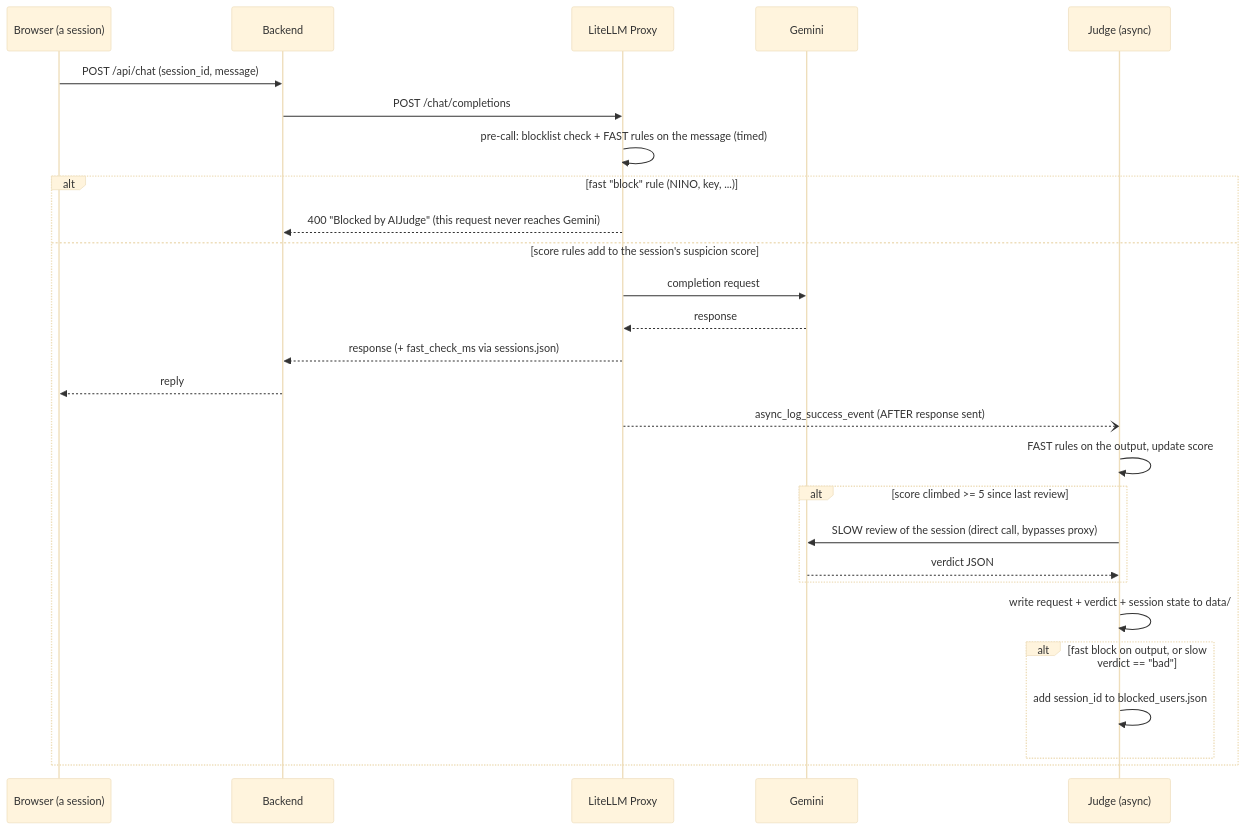
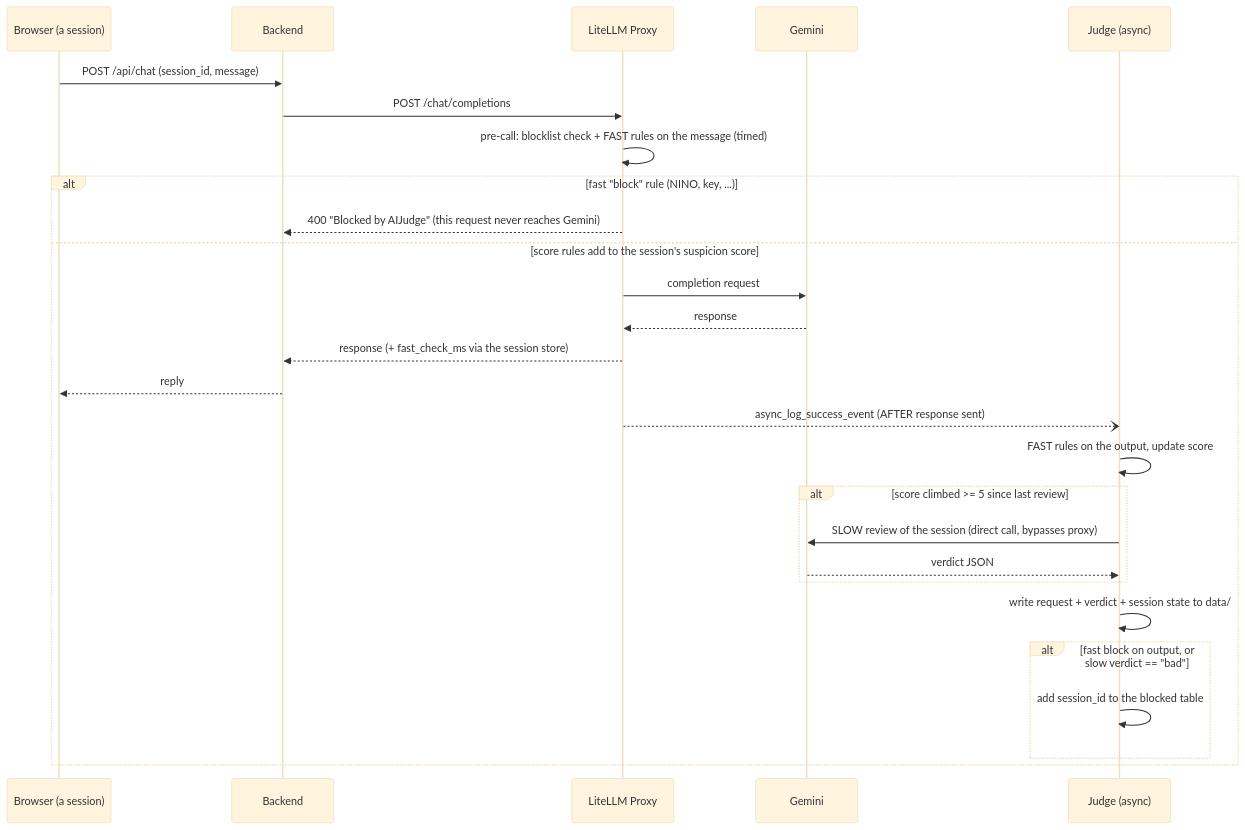
Before and after one commit to Earlyflash/AIJudge: the second of 2 diagrams in ARCHITECTURE.md, drawn with Mermaid (base theme). The commit also changed other lines of this file and 7 other files, not shown here.

First line of the commit message:
Move Judge state from JSON files to a shared SQLite store

````diff
--- a/ARCHITECTURE.md
+++ b/ARCHITECTURE.md
@@ -132,30 +132,30 @@
 ```mermaid
 sequenceDiagram
     participant U as Browser (a session)
     participant B as Backend
     participant L as LiteLLM Proxy
     participant G as Gemini
     participant J as Judge (async)
 
     U->>B: POST /api/chat (session_id, message)
     B->>L: POST /chat/completions
     L->>L: pre-call: blocklist check + FAST rules on the message (timed)
     alt fast "block" rule (NINO, key, ...)
         L-->>B: 400 "Blocked by AIJudge" (this request never reaches Gemini)
     else score rules add to the session's suspicion score
         L->>G: completion request
         G-->>L: response
-        L-->>B: response (+ fast_check_ms via sessions.json)
+        L-->>B: response (+ fast_check_ms via the session store)
         B-->>U: reply
         L--)J: async_log_success_event (AFTER response sent)
         J->>J: FAST rules on the output, update score
         alt score climbed >= 5 since last review
             J->>G: SLOW review of the session (direct call, bypasses proxy)
             G-->>J: verdict JSON
         end
         J->>J: write request + verdict + session state to data/
         alt fast block on output, or slow verdict == "bad"
-            J->>J: add session_id to blocked_users.json
+            J->>J: add session_id to the blocked table
         end
     end
 ```
````
